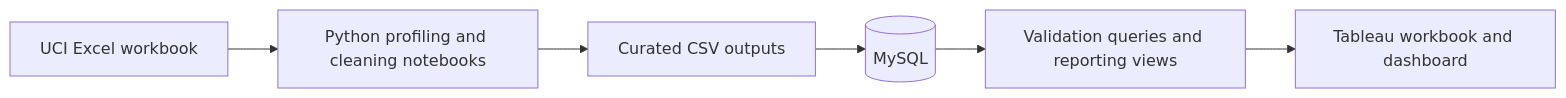
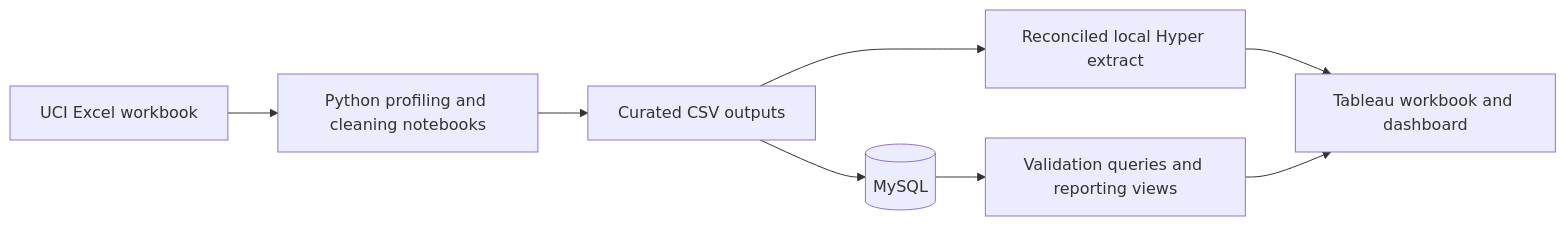
One commit to jatothnithinsai-tech/UK_Retail_Sales_Customer_Analytics changed the diagram in README.md. Above: the diagram before and after it, drawn with Mermaid. The commit also changed other lines of this file and 9 other files, not shown here.

````diff
--- a/README.md
+++ b/README.md
@@ -46,8 +50,10 @@
 ```mermaid
 flowchart LR
     A[UCI Excel workbook] --> B[Python profiling and cleaning notebooks]
     B --> C[Curated CSV outputs]
     C --> D[(MySQL)]
+    C --> G[Reconciled local Hyper extract]
+    G --> F
     D --> E[Validation queries and reporting views]
     E --> F[Tableau workbook and dashboard]
 ```
````
